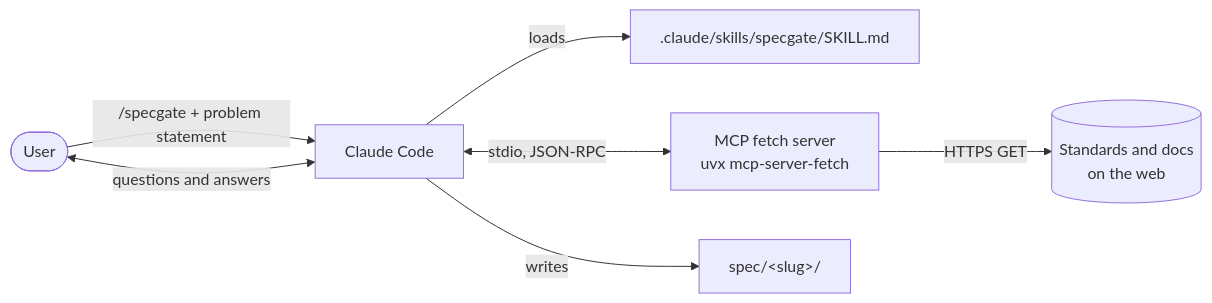
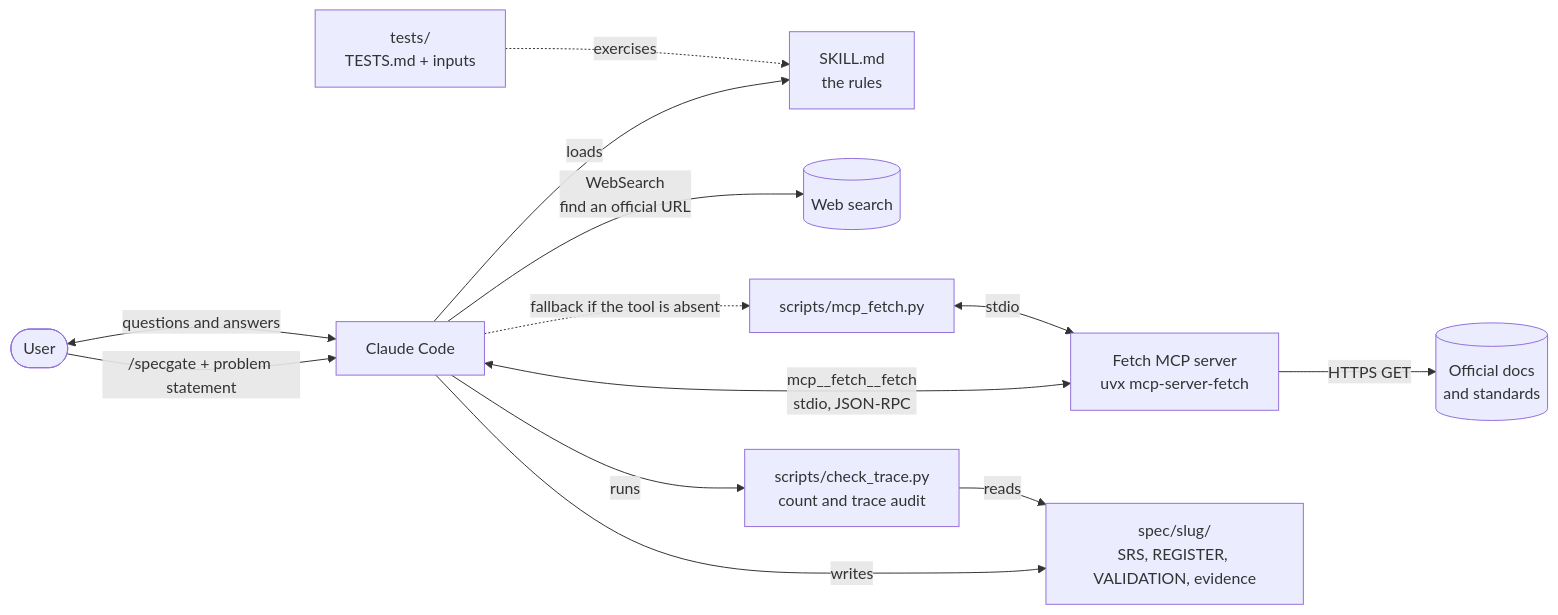
One commit to Anilkumark17/MCP-Skill-integration changed the first of 12 diagrams in README.md. Above: the diagram before and after it, drawn with Mermaid. The commit also changed other lines of this file and 15 other files, not shown here.

````diff
--- a/README.md
+++ b/README.md
@@ -9,9 +9,15 @@
 ```mermaid
 flowchart LR
     U([User]) -->|"/specgate + problem statement"| CC[Claude Code]
-    CC -->|loads| SK[.claude/skills/specgate/SKILL.md]
-    CC <-->|stdio, JSON-RPC| MCP[MCP fetch server<br/>uvx mcp-server-fetch]
-    MCP -->|HTTPS GET| WEB[(Standards and docs<br/>on the web)]
-    CC -->|writes| OUT[spec/&lt;slug&gt;/]
-    CC <-->|questions and answers| U
+    CC -->|loads| SK["SKILL.md<br/>the rules"]
+    CC -->|"WebSearch<br/>find an official URL"| WS[(Web search)]
+    CC <-->|"mcp__fetch__fetch<br/>stdio, JSON-RPC"| MCP["Fetch MCP server<br/>uvx mcp-server-fetch"]
+    CC -.->|"fallback if the tool is absent"| MF["scripts/mcp_fetch.py"]
+    MF <-->|stdio| MCP
+    MCP -->|HTTPS GET| WEB[(Official docs<br/>and standards)]
+    CC -->|writes| OUT["spec/slug/<br/>SRS, REGISTER, VALIDATION, evidence"]
+    CC -->|runs| CT["scripts/check_trace.py<br/>count and trace audit"]
+    CT -->|reads| OUT
+    CC <-->|"questions and answers"| U
+    TS["tests/<br/>TESTS.md + inputs"] -.->|"exercises"| SK
 ```
````
